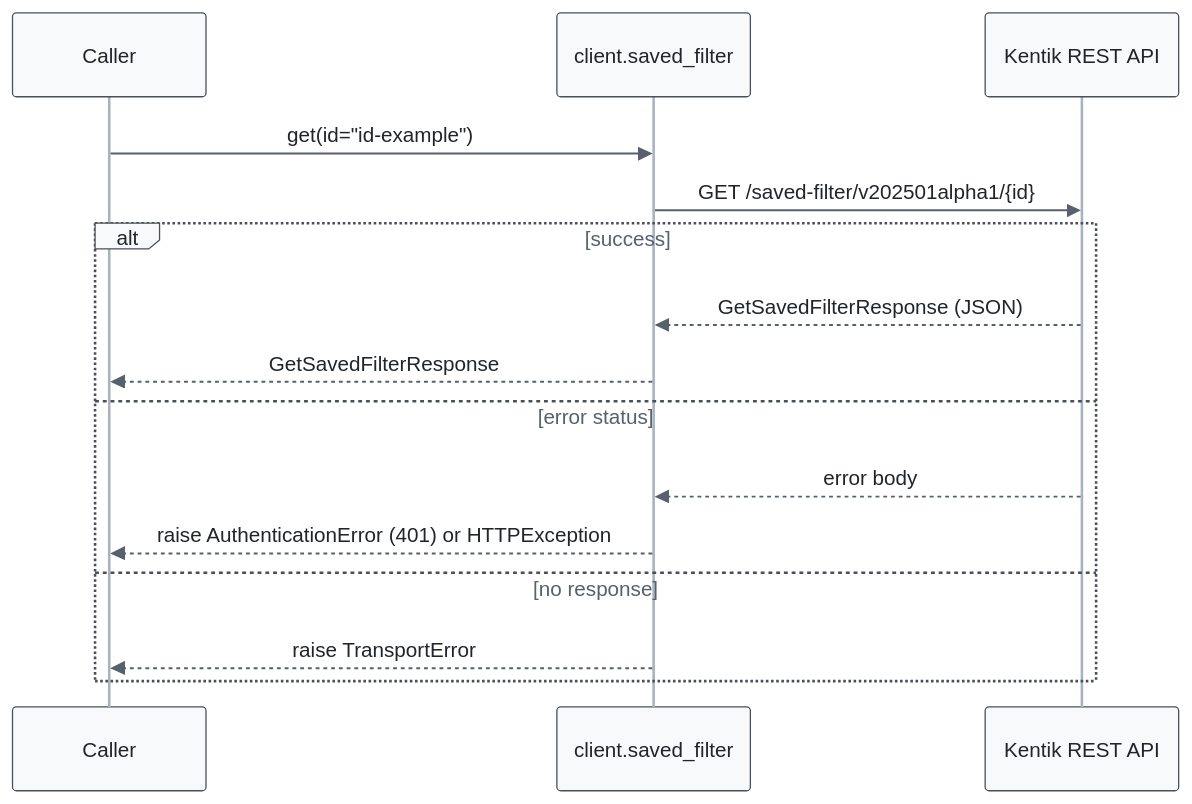
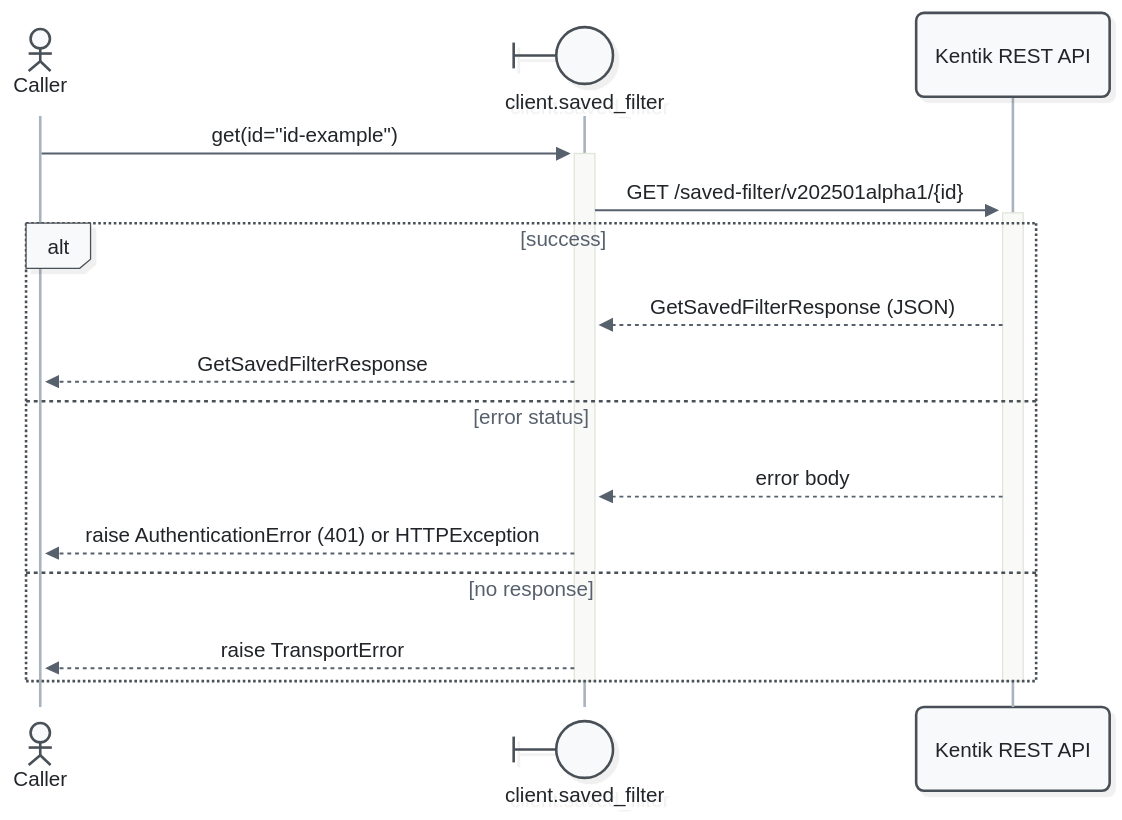
One commit to alexdearaujo/community_sdk_python changed the third of 13 diagrams in docs/sphinx/services/saved_filter.md. Above: the diagram before and after it, drawn with Mermaid. The commit also changed other lines of this file and 52 other files, not shown here.

First line of the commit message:
docs: Mermaid 12 sequence diagrams with participant types and path colors

````diff
--- a/docs/sphinx/services/saved_filter.md
+++ b/docs/sphinx/services/saved_filter.md
@@ -112,19 +117,21 @@
 ```mermaid
-%%{init: {"theme": "base", "fontFamily": "ui-monospace, SFMono-Regular, Menlo, monospace", "themeVariables": {"fontFamily": "ui-monospace, SFMono-Regular, Menlo, monospace", "primaryColor": "#f8f9fa", "primaryBorderColor": "#495057", "primaryTextColor": "#212529", "textColor": "#212529", "lineColor": "#77818c", "edgeLabelBackground": "#ffffff", "actorBkg": "#f8f9fa", "actorBorder": "#495057", "actorTextColor": "#212529", "actorLineColor": "#a9b3be", "signalColor": "#57616d", "signalTextColor": "#212529", "labelBoxBkgColor": "#f8f9fa", "labelBoxBorderColor": "#495057", "labelTextColor": "#212529", "loopTextColor": "#57616d", "noteBkgColor": "#fff9db", "noteBorderColor": "#f08c00", "noteTextColor": "#a35a00"}, "flowchart": {"curve": "step", "nodeSpacing": 30, "rankSpacing": 70, "wrappingWidth": 400}}}%%
+%%{init: {"theme": "redux", "look": "neo", "layout": "dagre", "fontFamily": "ui-monospace, SFMono-Regular, Menlo, monospace", "themeVariables": {"fontFamily": "ui-monospace, SFMono-Regular, Menlo, monospace", "primaryColor": "#f8f9fa", "primaryBorderColor": "#495057", "primaryTextColor": "#212529", "textColor": "#212529", "lineColor": "#77818c", "edgeLabelBackground": "#ffffff", "actorBkg": "#f8f9fa", "actorBorder": "#495057", "actorTextColor": "#212529", "actorLineColor": "#a9b3be", "signalColor": "#57616d", "signalTextColor": "#212529", "labelBoxBkgColor": "#f8f9fa", "labelBoxBorderColor": "#495057", "labelTextColor": "#212529", "loopTextColor": "#57616d", "noteBkgColor": "#fff9db", "noteBorderColor": "#f08c00", "noteTextColor": "#a35a00"}, "sequence": {"activationWidth": 16}, "flowchart": {"curve": "step", "nodeSpacing": 30, "rankSpacing": 70, "wrappingWidth": 400}}}%%
 sequenceDiagram
-    participant C as Caller
-    participant W as client.saved_filter
+    actor C as Caller
+    participant W@{ "type": "boundary" } as client.saved_filter
     participant API as Kentik REST API
 
-    C->>W: get(id="id-example")
-    W->>API: GET /saved-filter/v202501alpha1/{id}
+    C->>+W: get(id="id-example")
+    W->>+API: GET /saved-filter/v202501alpha1/{id}
     alt success
         API-->>W: GetSavedFilterResponse (JSON)
         W-->>C: GetSavedFilterResponse
     else error status
         API-->>W: error body
         W-->>C: raise AuthenticationError (401) or HTTPException
     else no response
         W-->>C: raise TransportError
     end
+    deactivate API
+    deactivate W
 ```
````
